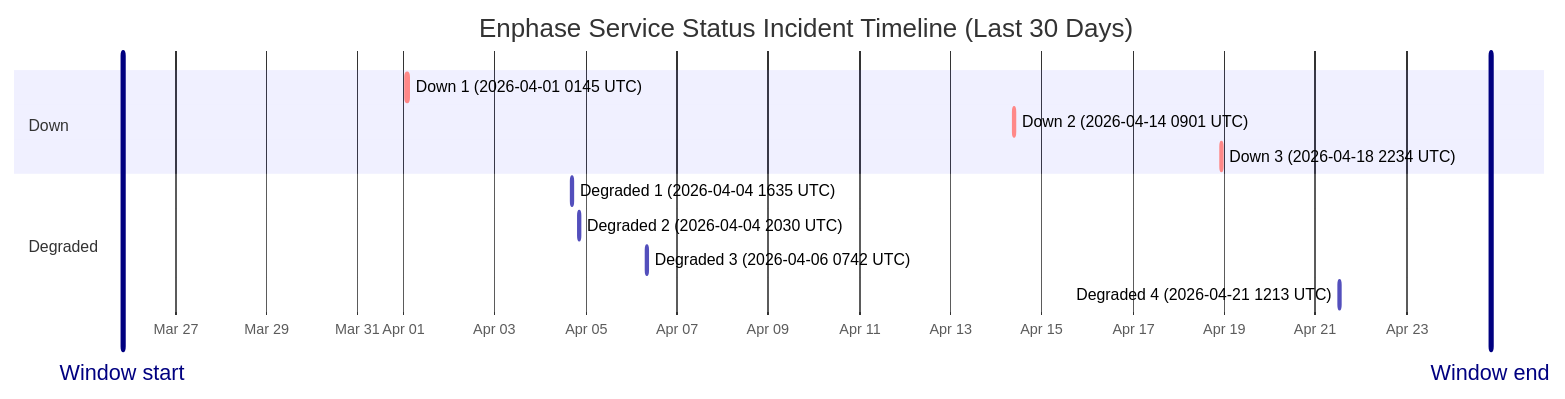
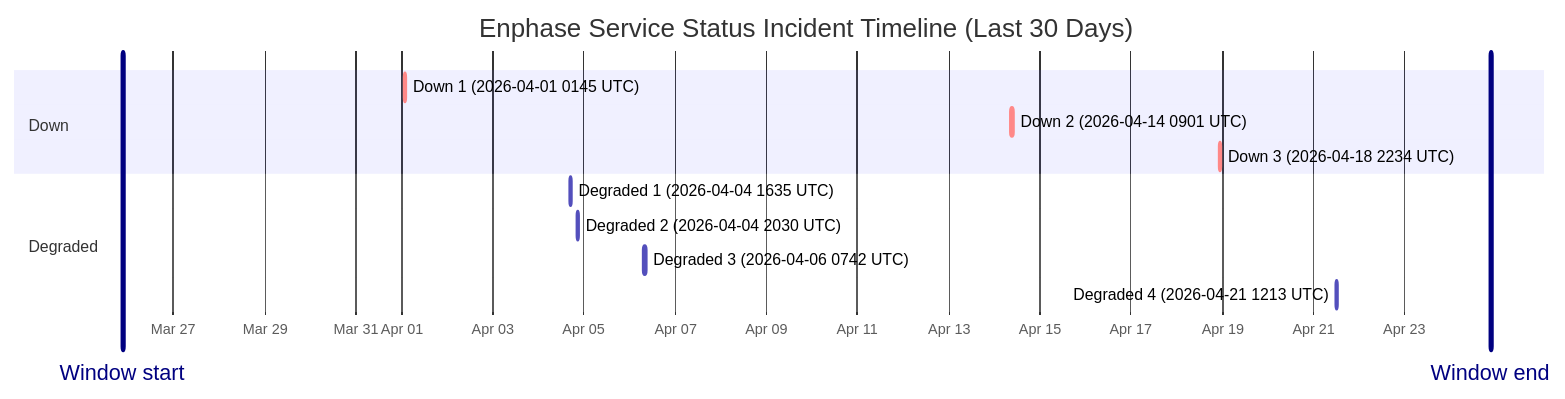
One commit to barneyonline/ha-enphase-ev-charger changed the diagram in wiki/Service-Status-History.md. Above: the diagram before and after it, drawn with Mermaid. The commit also changed other lines of this file and 3 other files, not shown here.

````diff
--- a/wiki/Service-Status-History.md
+++ b/wiki/Service-Status-History.md
@@ -14,17 +14,17 @@
 ```mermaid
 gantt
     title Enphase Service Status Incident Timeline (Last 30 Days)
     dateFormat  YYYY-MM-DDTHH:mm:ss
     axisFormat  %b %d
-    Window start :vert, window-start, 2026-03-25T20:10:00, 0ms
-    Window end :vert, window-end, 2026-04-24T20:10:00, 0ms
+    Window start :vert, window-start, 2026-03-25T21:12:52, 0ms
+    Window end :vert, window-end, 2026-04-24T21:12:52, 0ms
     section Down
     Down 1 (2026-04-01 0145 UTC) :crit, down-1, 2026-04-01T01:45:09, 60m
     Down 2 (2026-04-14 0901 UTC) :crit, down-2, 2026-04-14T09:01:13, 60m
     Down 3 (2026-04-18 2234 UTC) :crit, down-3, 2026-04-18T22:34:13, 60m
     section Degraded
     Degraded 1 (2026-04-04 1635 UTC) :active, degraded-1, 2026-04-04T16:35:17, 60m
     Degraded 2 (2026-04-04 2030 UTC) :active, degraded-2, 2026-04-04T20:30:40, 60m
     Degraded 3 (2026-04-06 0742 UTC) :active, degraded-3, 2026-04-06T07:42:09, 85m
     Degraded 4 (2026-04-21 1213 UTC) :active, degraded-4, 2026-04-21T12:13:11, 60m
 ```
````
